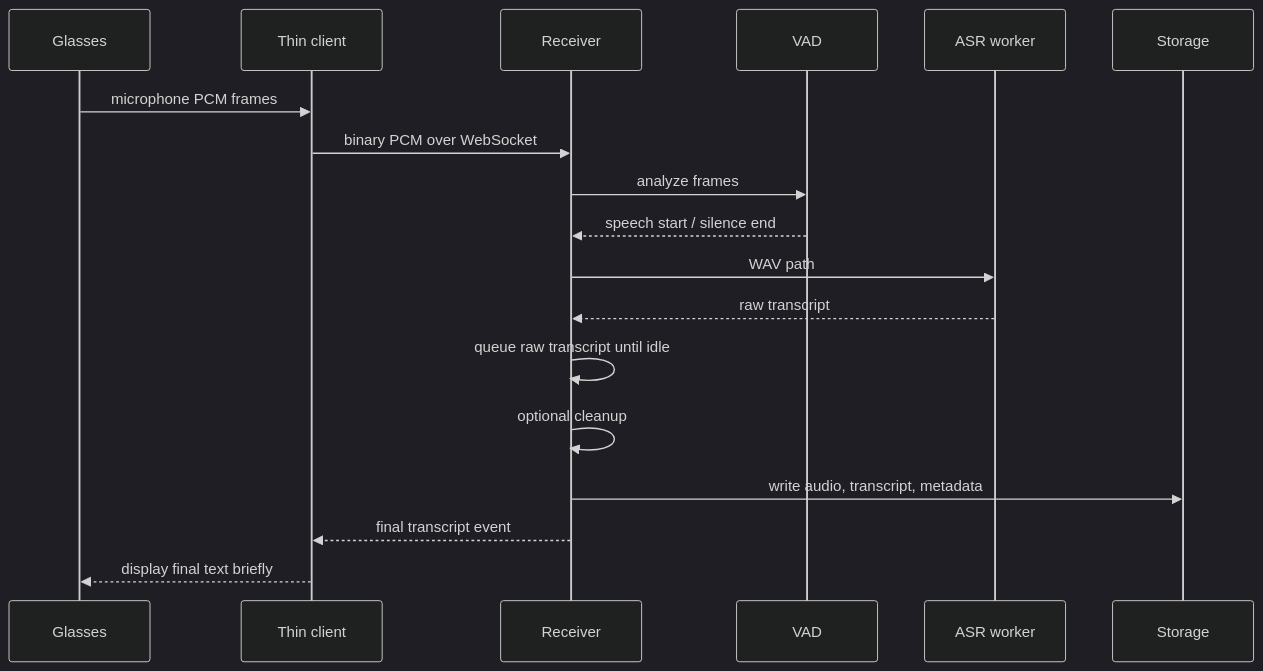
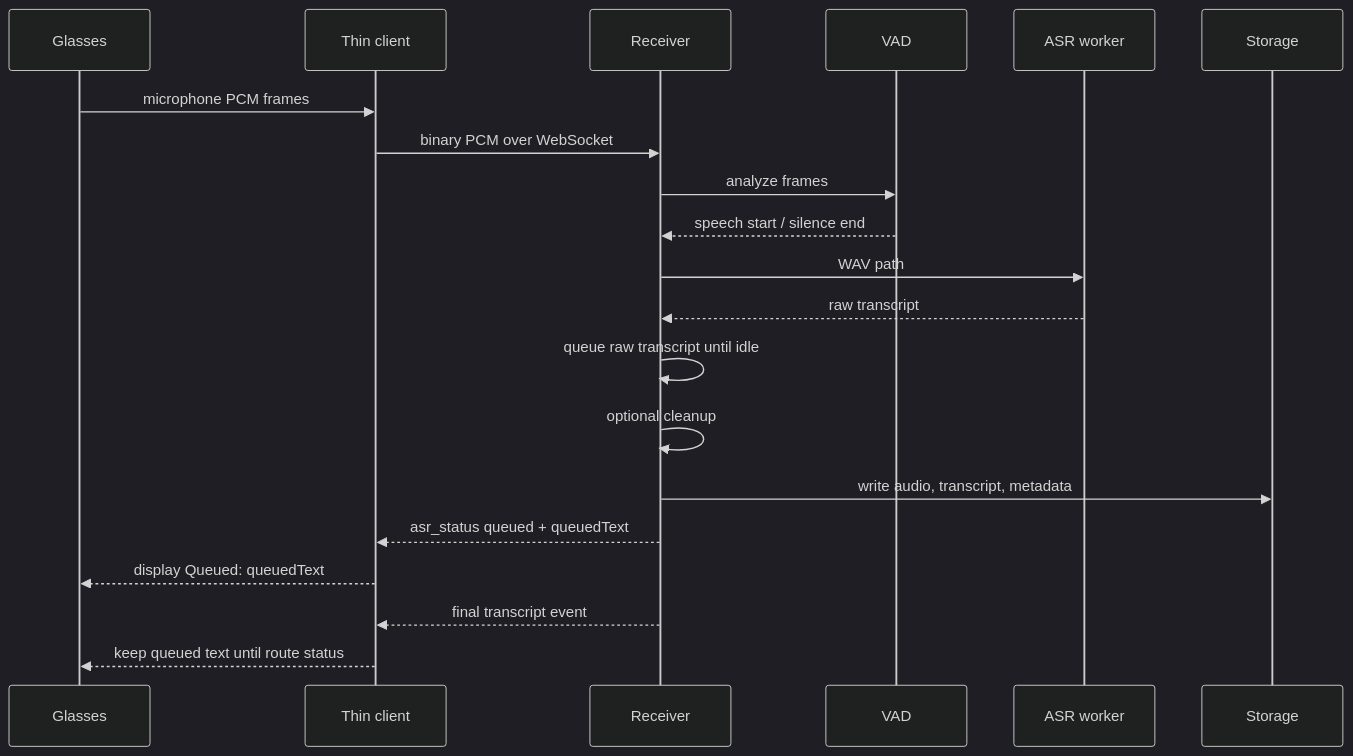
The second of 4 diagrams in README.md (aaronrau/even-audio-pipe), drawn with Mermaid (dark theme) before and after one commit. The commit also changed other lines of this file and 16 other files, not shown here.

Commit message:
Improve queued speech dispatch display

````diff
--- a/README.md
+++ b/README.md
@@ -254,21 +257,23 @@
 ```mermaid
 sequenceDiagram
   participant G as Glasses
   participant C as Thin client
   participant R as Receiver
   participant V as VAD
   participant A as ASR worker
   participant S as Storage
 
   G->>C: microphone PCM frames
   C->>R: binary PCM over WebSocket
   R->>V: analyze frames
   V-->>R: speech start / silence end
   R->>A: WAV path
   A-->>R: raw transcript
   R->>R: queue raw transcript until idle
   R->>R: optional cleanup
   R->>S: write audio, transcript, metadata
+  R-->>C: asr_status queued + queuedText
+  C-->>G: display Queued: queuedText
   R-->>C: final transcript event
-  C-->>G: display final text briefly
+  C-->>G: keep queued text until route status
 ```
````
